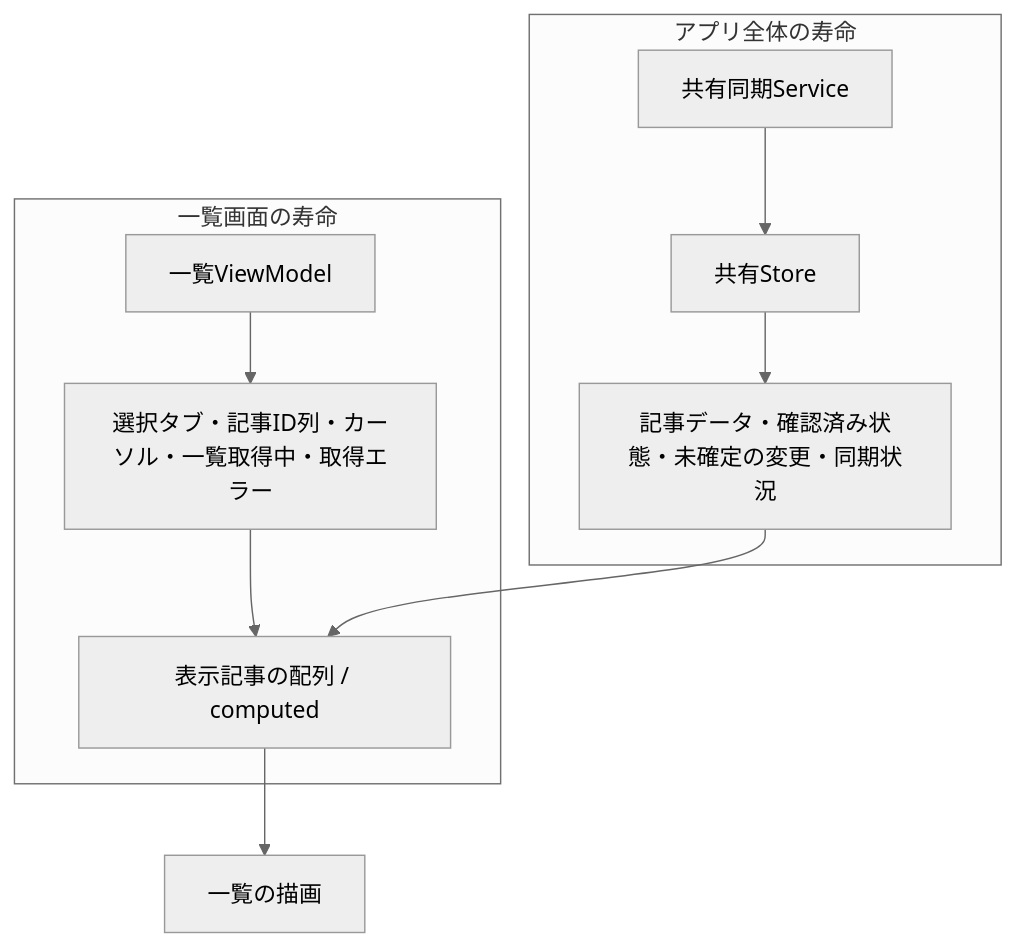
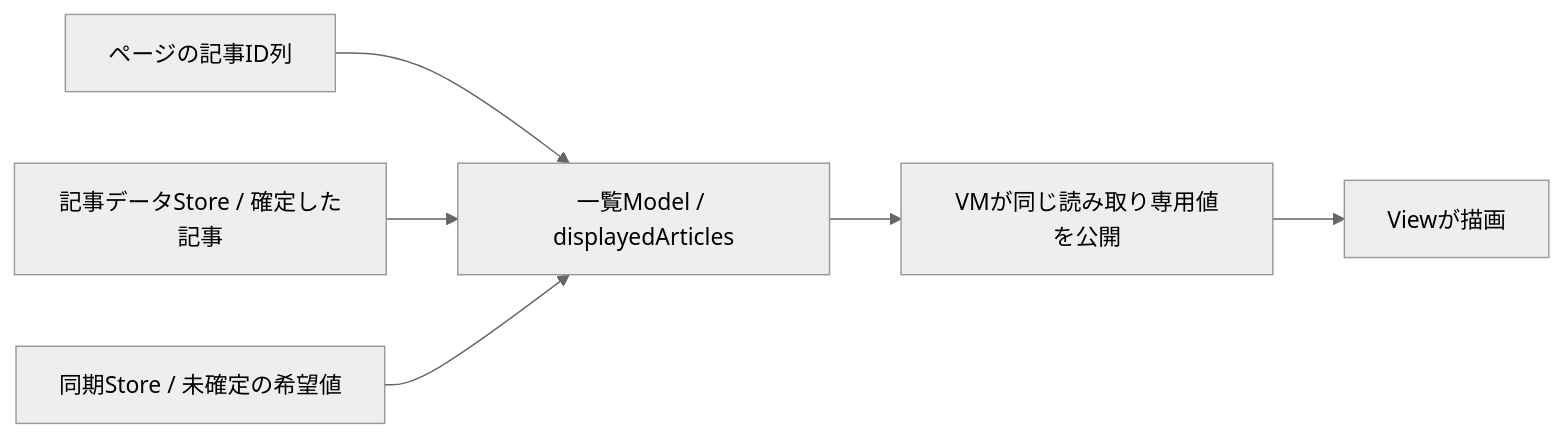
Before and after one commit to BeppuKanato/it-discovery: the second of 6 diagrams in docs/frontend-architecture.md, drawn with Mermaid (neutral theme). The commit also changed other lines of this file and 6 other files, not shown here.

Commit message:
docs(web): 一覧と同期の構成図と操作ごとのコードの読む順序を更新する

````diff
--- a/docs/frontend-architecture.md
+++ b/docs/frontend-architecture.md
@@ -51,19 +67,8 @@
 ```mermaid
-flowchart TB
-  subgraph PageLife[一覧画面の寿命]
-    VM[一覧ViewModel]
-    LocalState[選択タブ・記事ID列・カーソル・一覧取得中・取得エラー]
-    Derived[表示記事の配列 / computed]
-    VM --> LocalState
-    LocalState --> Derived
-  end
-  subgraph AppLife[アプリ全体の寿命]
-    Store[共有Store]
-    Data[記事データ・確認済み状態・未確定の変更・同期状況]
-    Service[共有同期Service]
-    Store --> Data
-    Service --> Store
-  end
-  Data --> Derived
-  Derived --> View[一覧の描画]
+flowchart LR
+  IDs[ページの記事ID列] --> Display[一覧Model / displayedArticles]
+  Data[記事データStore / 確定した記事] --> Display
+  Changes[同期Store / 未確定の希望値] --> Display
+  Display --> VM[VMが同じ読み取り専用値を公開]
+  VM --> View[Viewが描画]
 ```
````
